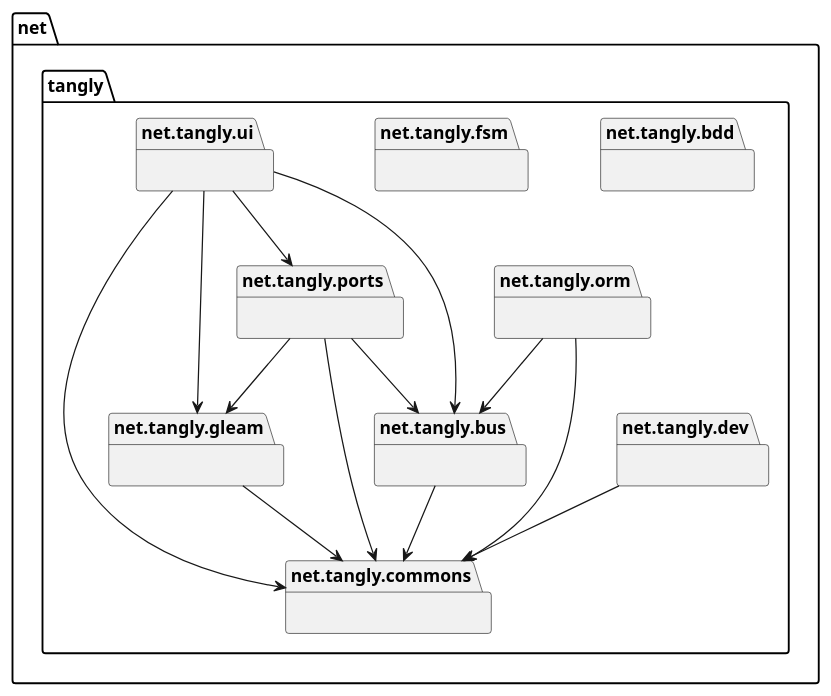
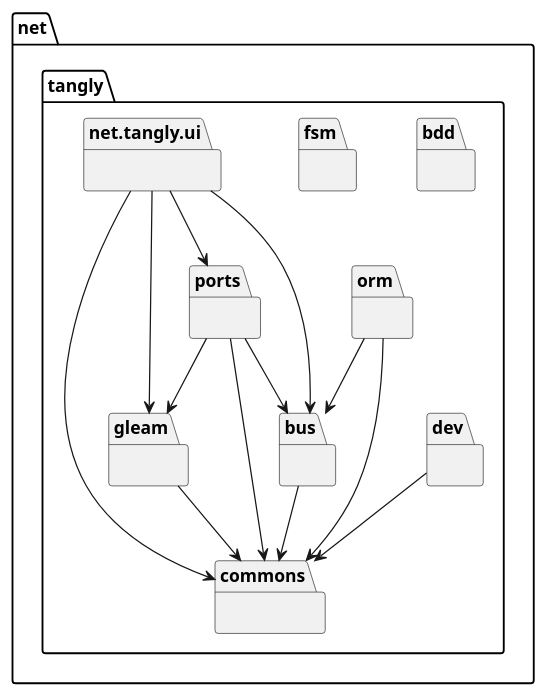
Before and after one commit to tangly-team/tangly-os: the diagram in src/site/website/content/ideas/components-publication.adoc, drawn with PlantUML. The commit also changed other lines of this file and 4 other files, not shown here.

```diff
--- a/src/site/website/content/ideas/components-publication.adoc
+++ b/src/site/website/content/ideas/components-publication.adoc
@@ -54,30 +54,43 @@
 [plantuml,tangly-componentsDependencies,svg]
 ....
-package net.tangly.bdd {}
-package net.tangly.bus {}
-package net.tangly.commons {}
+package net.tangly.bdd [[https://tangly-team.bitbucket.io/docs/bdd/]] {
+}
+package net.tangly.bus [[https://tangly-team.bitbucket.io/docs/bus/]] {
+}
+
+package net.tangly.commons [[https://tangly-team.bitbucket.io/docs/commons/]] {
+}
 
 net.tangly.bus --> net.tangly.commons
-package net.tangly.dev {}
+package net.tangly.dev [[https://tangly-team.bitbucket.io/docs/dev/]] {
+}
 
 net.tangly.dev --> net.tangly.commons
-package net.tangly.fsm {}
 
-package net.tangly.gleam {}
+package net.tangly.fsm [[https://tangly-team.bitbucket.io/docs/fsm/]] {
+}
+
+package net.tangly.gleam [[https://tangly-team.bitbucket.io/docs/gleam/]] {
+}
+
 net.tangly.gleam --> net.tangly.commons
 
-package net.tangly.orm {}
+package net.tangly.orm [[https://tangly-team.bitbucket.io/docs/orm/]] {
+}
+
 net.tangly.orm --> net.tangly.commons
 net.tangly.orm --> net.tangly.bus
 
-package net.tangly.ports {}
+package net.tangly.ports [[https://tangly-team.bitbucket.io/docs/ports/]] {
+}
+
 net.tangly.ports --> net.tangly.commons
 net.tangly.ports --> net.tangly.bus
 net.tangly.ports --> net.tangly.gleam
 
 package net.tangly.ui {}
 net.tangly.ui --> net.tangly.commons
 net.tangly.ui --> net.tangly.bus
 net.tangly.ui --> net.tangly.gleam
 net.tangly.ui --> net.tangly.ports
 ....
```
